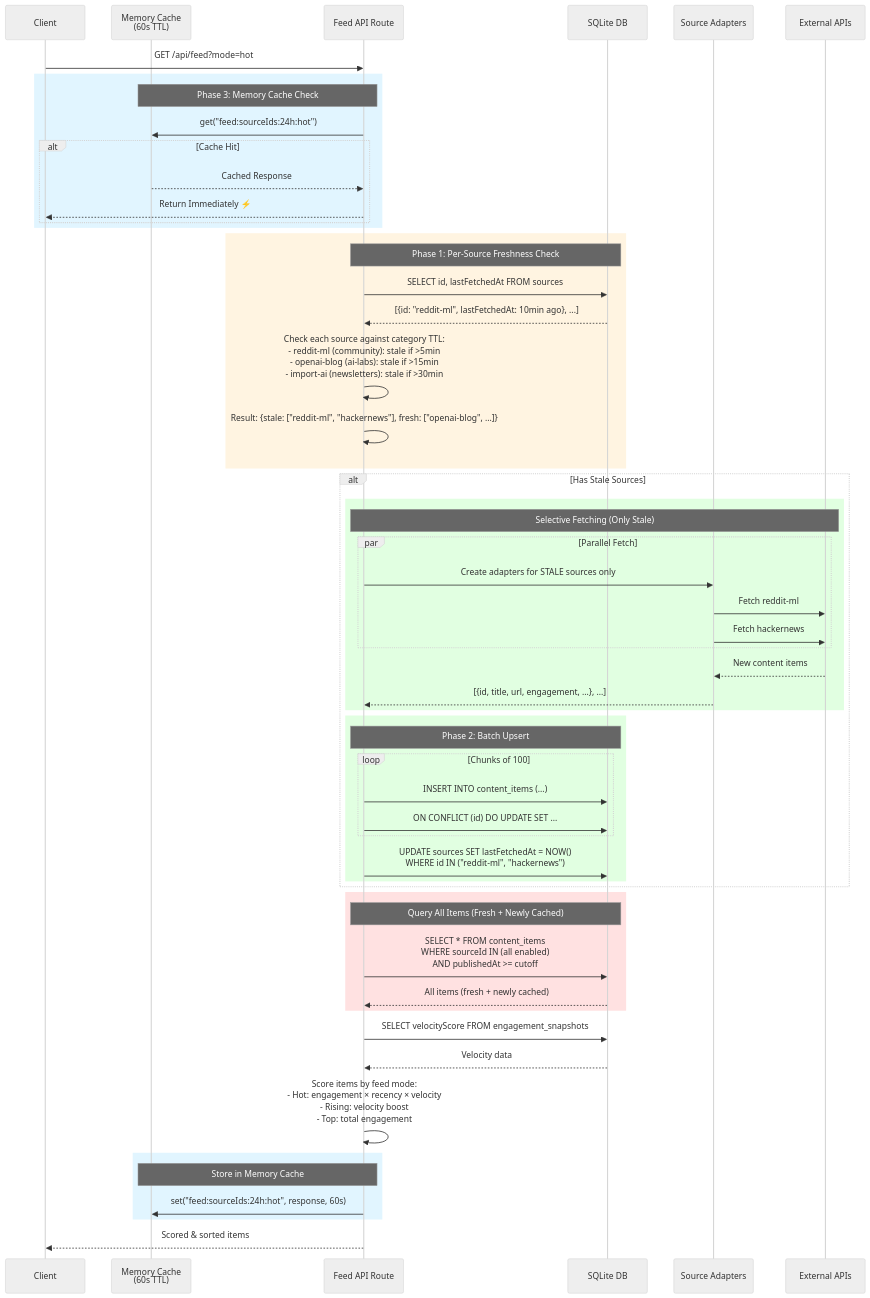
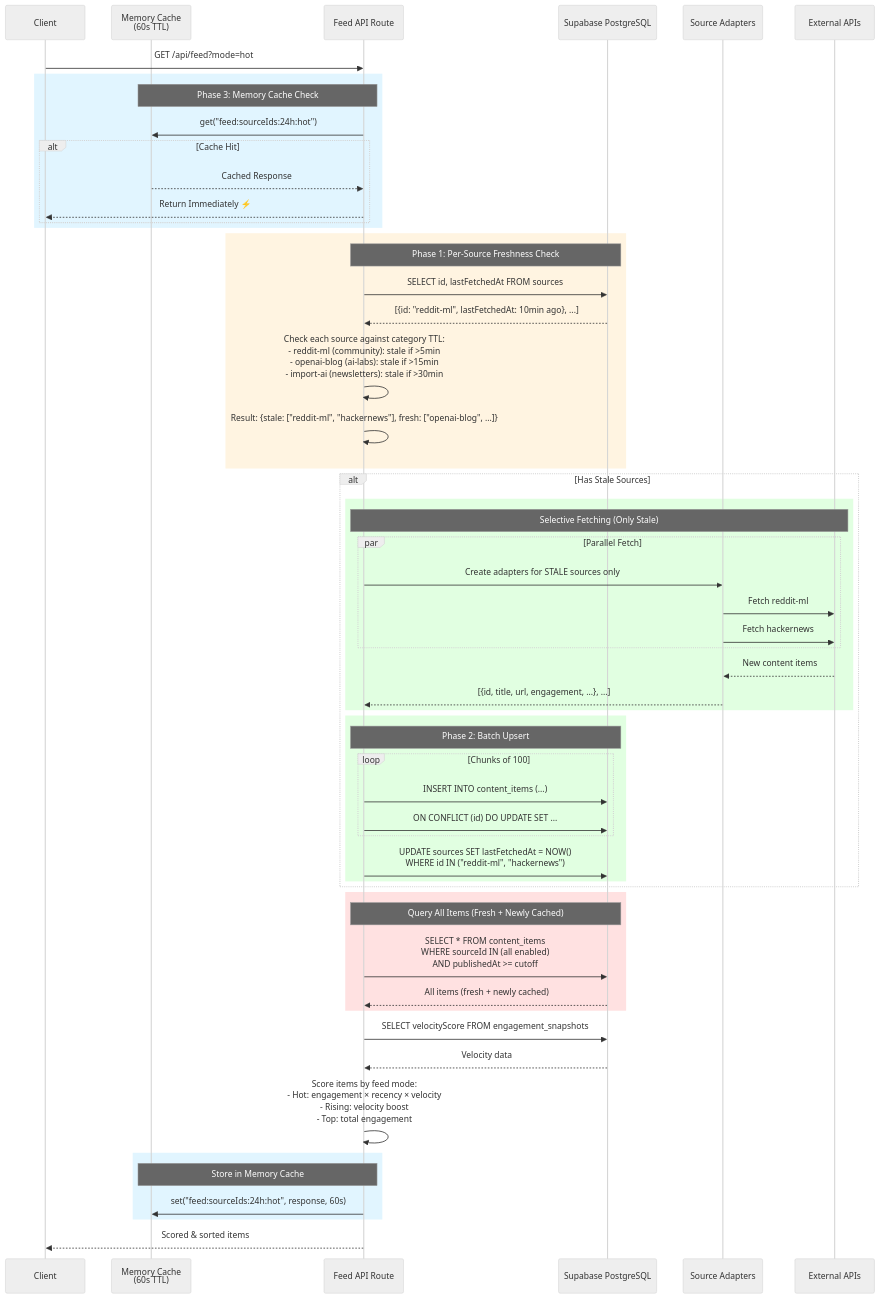
One commit to yairbederman/AI-Trends-Dashboard changed the second of 6 diagrams in docs/caching-architecture.md. Above: the diagram before and after it, drawn with Mermaid (neutral theme). The commit also changed other lines of this file and 8 other files, not shown here.

````diff
--- a/docs/caching-architecture.md
+++ b/docs/caching-architecture.md
@@ -110,74 +110,74 @@
 ```mermaid
 sequenceDiagram
     participant C as Client
     participant MC as Memory Cache<br/>(60s TTL)
     participant API as Feed API Route
-    participant DB as SQLite DB
+    participant DB as Supabase PostgreSQL
     participant Adapters as Source Adapters
     participant External as External APIs
 
     C->>API: GET /api/feed?mode=hot
 
     rect rgb(225, 245, 255)
         Note over API,MC: Phase 3: Memory Cache Check
         API->>MC: get("feed:sourceIds:24h:hot")
         alt Cache Hit
             MC-->>API: Cached Response
             API-->>C: Return Immediately ⚡
         end
     end
 
     rect rgb(255, 244, 225)
         Note over API,DB: Phase 1: Per-Source Freshness Check
         API->>DB: SELECT id, lastFetchedAt FROM sources
         DB-->>API: [{id: "reddit-ml", lastFetchedAt: 10min ago}, ...]
 
         API->>API: Check each source against category TTL:<br/>- reddit-ml (community): stale if >5min<br/>- openai-blog (ai-labs): stale if >15min<br/>- import-ai (newsletters): stale if >30min
 
         API->>API: Result: {stale: ["reddit-ml", "hackernews"], fresh: ["openai-blog", ...]}
     end
 
     alt Has Stale Sources
         rect rgb(225, 255, 225)
             Note over API,External: Selective Fetching (Only Stale)
 
             par Parallel Fetch
                 API->>Adapters: Create adapters for STALE sources only
                 Adapters->>External: Fetch reddit-ml
                 Adapters->>External: Fetch hackernews
             end
 
             External-->>Adapters: New content items
             Adapters-->>API: [{id, title, url, engagement, ...}, ...]
         end
 
         rect rgb(225, 255, 225)
             Note over API,DB: Phase 2: Batch Upsert
 
             loop Chunks of 100
                 API->>DB: INSERT INTO content_items (...)
                 API->>DB: ON CONFLICT (id) DO UPDATE SET ...
             end
 
             API->>DB: UPDATE sources SET lastFetchedAt = NOW()<br/>WHERE id IN ("reddit-ml", "hackernews")
         end
     end
 
     rect rgb(255, 225, 225)
         Note over API,DB: Query All Items (Fresh + Newly Cached)
         API->>DB: SELECT * FROM content_items<br/>WHERE sourceId IN (all enabled)<br/>AND publishedAt >= cutoff
         DB-->>API: All items (fresh + newly cached)
     end
 
     API->>DB: SELECT velocityScore FROM engagement_snapshots
     DB-->>API: Velocity data
 
     API->>API: Score items by feed mode:<br/>- Hot: engagement × recency × velocity<br/>- Rising: velocity boost<br/>- Top: total engagement
 
     rect rgb(225, 245, 255)
         Note over API,MC: Store in Memory Cache
         API->>MC: set("feed:sourceIds:24h:hot", response, 60s)
     end
 
     API-->>C: Scored & sorted items
 ```
````
